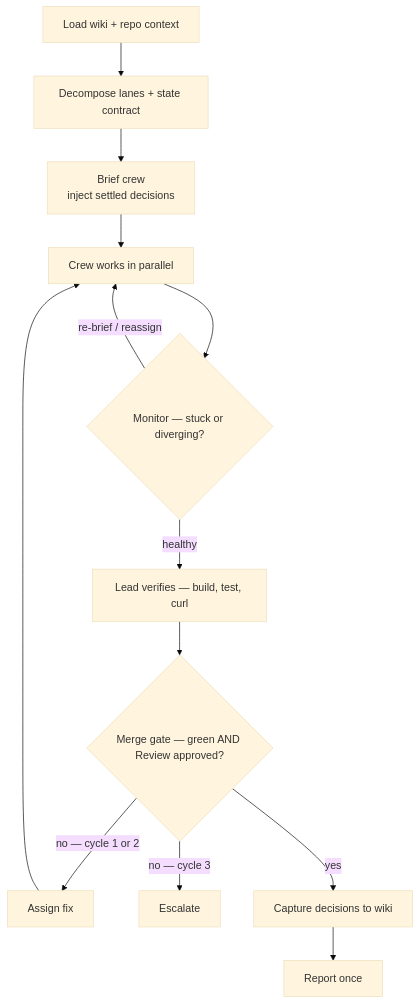
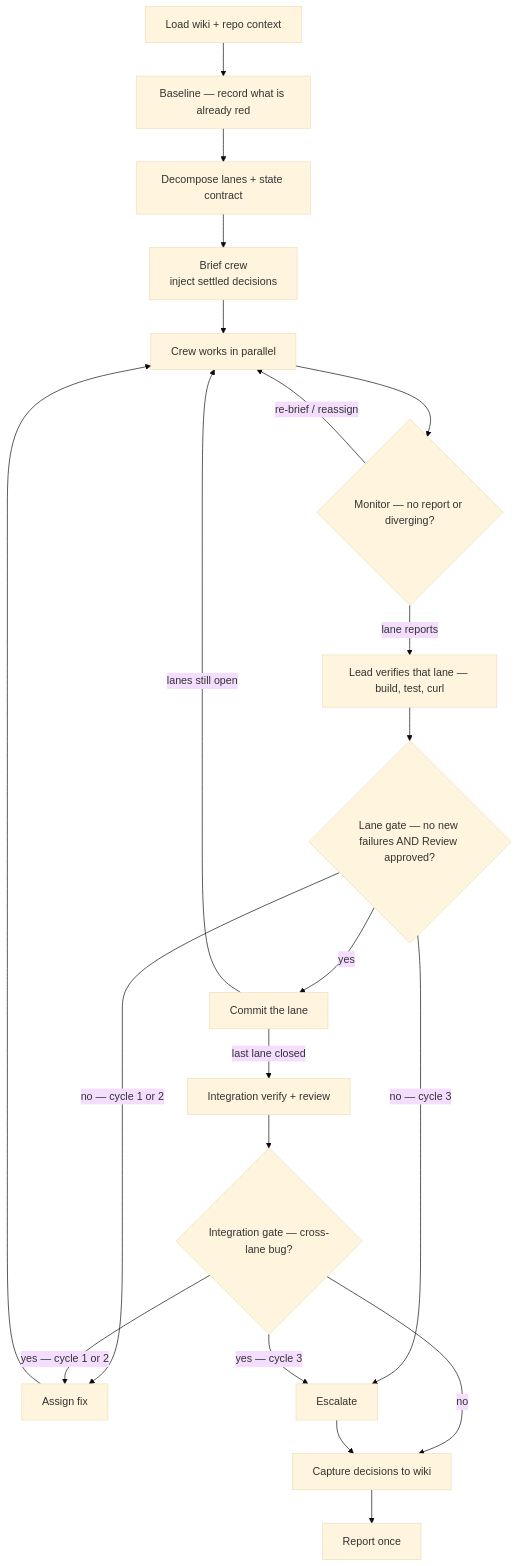
The diagram in README.md (frahmantamala/retinue), drawn with Mermaid (base theme) before and after one commit. The commit also changed other lines of this file and 2 other files, not shown here.

````diff
--- a/README.md
+++ b/README.md
@@ -19,14 +19,19 @@
 ```mermaid
 flowchart TD
-    L[Load wiki + repo context] --> D[Decompose lanes + state contract]
-    D --> B[Brief crew<br/>inject settled decisions]
+    L[Load wiki + repo context] --> Z["Baseline — record what is already red"]
+    Z --> D[Decompose lanes + state contract] --> B[Brief crew<br/>inject settled decisions]
     B --> W[Crew works in parallel]
-    W --> M{"Monitor — stuck or diverging?"}
+    W --> M{"Monitor — no report or diverging?"}
     M -->|re-brief / reassign| W
-    M -->|healthy| V["Lead verifies — build, test, curl"]
-    V --> G{"Merge gate — green AND Review approved?"}
+    M -->|lane reports| V["Lead verifies that lane — build, test, curl"]
+    V --> G{"Lane gate — no new failures AND Review approved?"}
     G -->|no — cycle 1 or 2| F[Assign fix] --> W
     G -->|no — cycle 3| E[Escalate]
-    G -->|yes| C[Capture decisions to wiki]
-    C --> R[Report once]
+    G -->|yes| K[Commit the lane]
+    K -->|lanes still open| W
+    K -->|last lane closed| I["Integration verify + review"]
+    I --> J{"Integration gate — cross-lane bug?"} -->|yes — cycle 1 or 2| F
+    J -->|yes — cycle 3| E
+    J -->|no| C[Capture decisions to wiki] --> R[Report once]
+    E --> C
 ```
````
